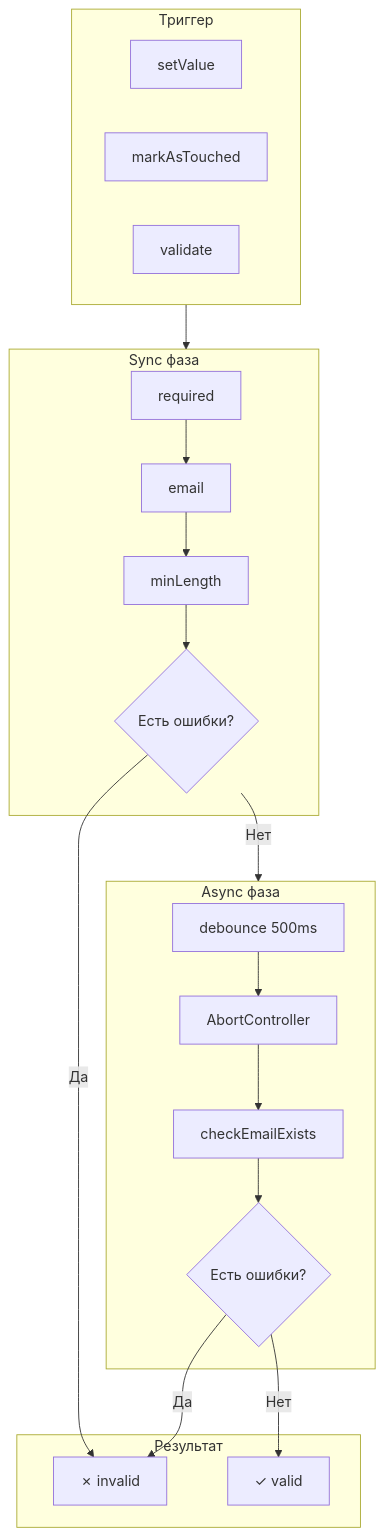
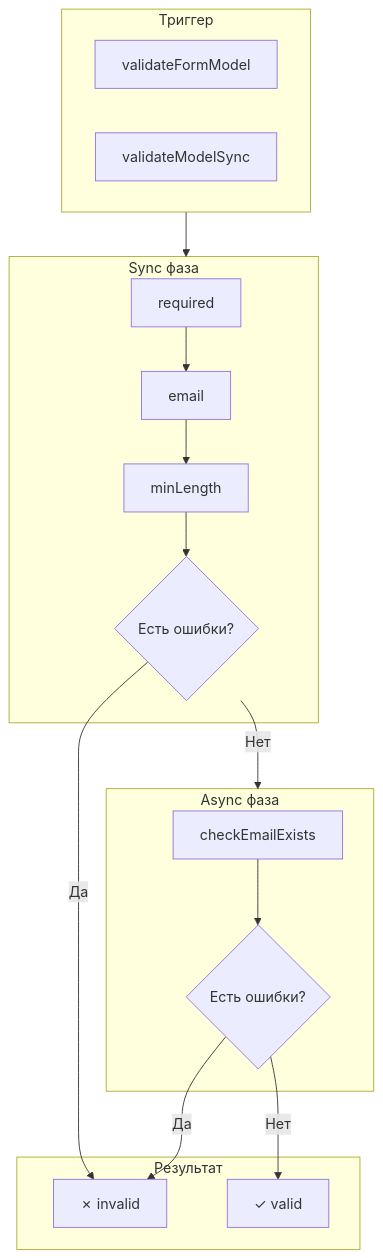
Before and after one commit to AlexandrBukhtatyy/ReFormer: the first of 3 diagrams in docs/validation.md, drawn with Mermaid. The commit also changed other lines of this file and 4 other files, not shown here.

````diff
--- a/docs/validation.md
+++ b/docs/validation.md
@@ -7,37 +9,32 @@
 ```mermaid
 flowchart TB
     subgraph Trigger["Триггер"]
-        SV[setValue]
-        MT[markAsTouched]
-        V[validate]
+        VF[validateFormModel]
+        VS[validateModelSync]
     end
 
     subgraph SyncPhase["Sync фаза"]
         S1[required]
         S2[email]
         S3[minLength]
         SE{Есть ошибки?}
     end
 
     subgraph AsyncPhase["Async фаза"]
-        D[debounce 500ms]
-        AC[AbortController]
         A1[checkEmailExists]
         AE{Есть ошибки?}
     end
 
     subgraph Result["Результат"]
         Valid[✓ valid]
         Invalid[✗ invalid]
     end
 
     Trigger --> SyncPhase
     S1 --> S2 --> S3 --> SE
     SE -->|Да| Invalid
     SE -->|Нет| AsyncPhase
-    D --> AC
-    AC --> A1
     A1 --> AE
     AE -->|Да| Invalid
     AE -->|Нет| Valid
 ```
````
